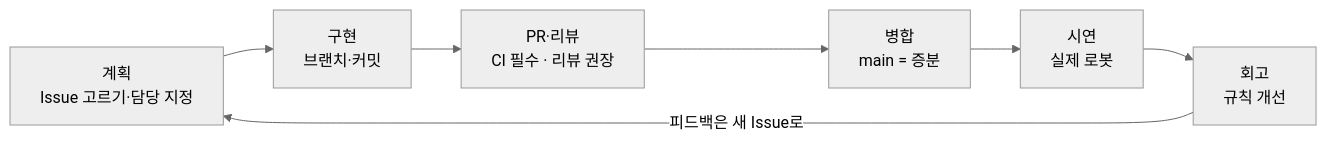
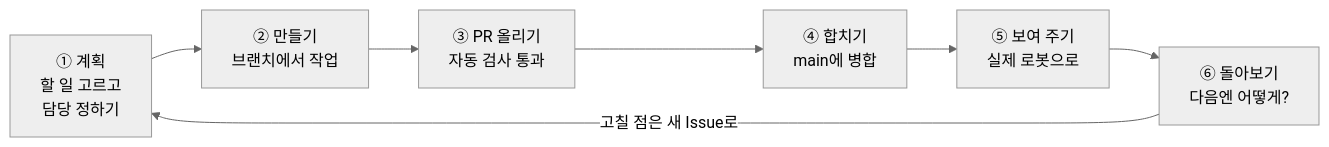
Before and after one commit to Gansoolgo/Thursday: the second of 2 diagrams in docs/workflow.md, drawn with Mermaid (neutral theme). The commit also changed other lines of this file and 15 other files, not shown here.

````diff
--- a/docs/workflow.md
+++ b/docs/workflow.md
@@ -88,9 +83,9 @@
 ```mermaid
 flowchart LR
-    A[계획<br/>Issue 고르기·담당 지정] --> B[구현<br/>브랜치·커밋]
-    B --> C[PR·리뷰<br/>CI 필수 · 리뷰 권장]
-    C --> D[병합<br/>main = 증분]
-    D --> E[시연<br/>실제 로봇]
-    E --> F[회고<br/>규칙 개선]
-    F -->|피드백은 새 Issue로| A
+    A[① 계획<br/>할 일 고르고<br/>담당 정하기] --> B[② 만들기<br/>브랜치에서 작업]
+    B --> C[③ PR 올리기<br/>자동 검사 통과]
+    C --> D[④ 합치기<br/>main에 병합]
+    D --> E[⑤ 보여 주기<br/>실제 로봇으로]
+    E --> F[⑥ 돌아보기<br/>다음엔 어떻게?]
+    F -->|고칠 점은 새 Issue로| A
 ```
````
